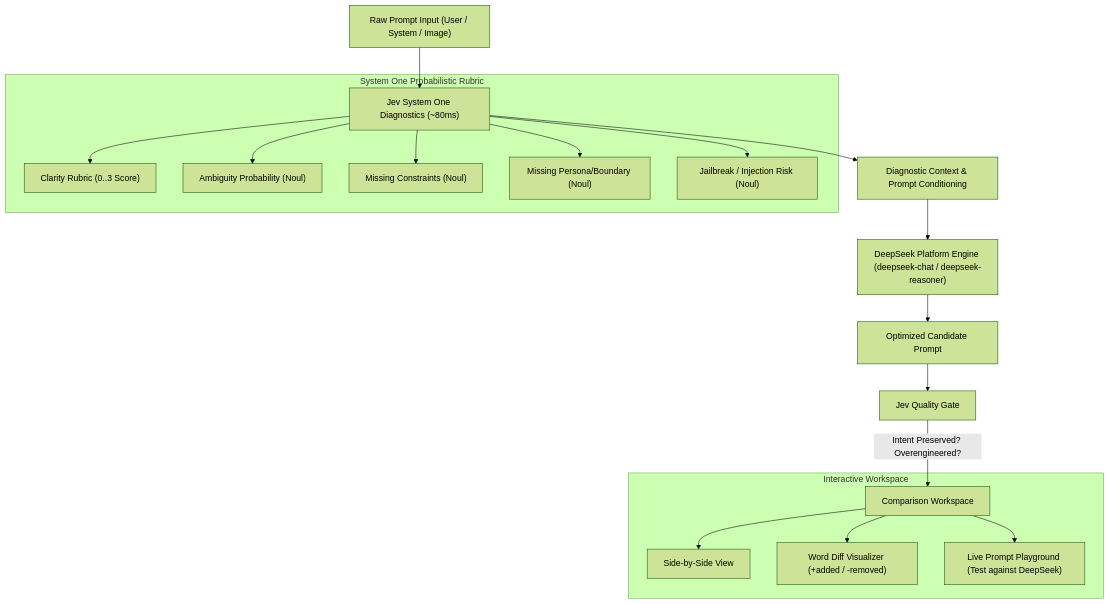
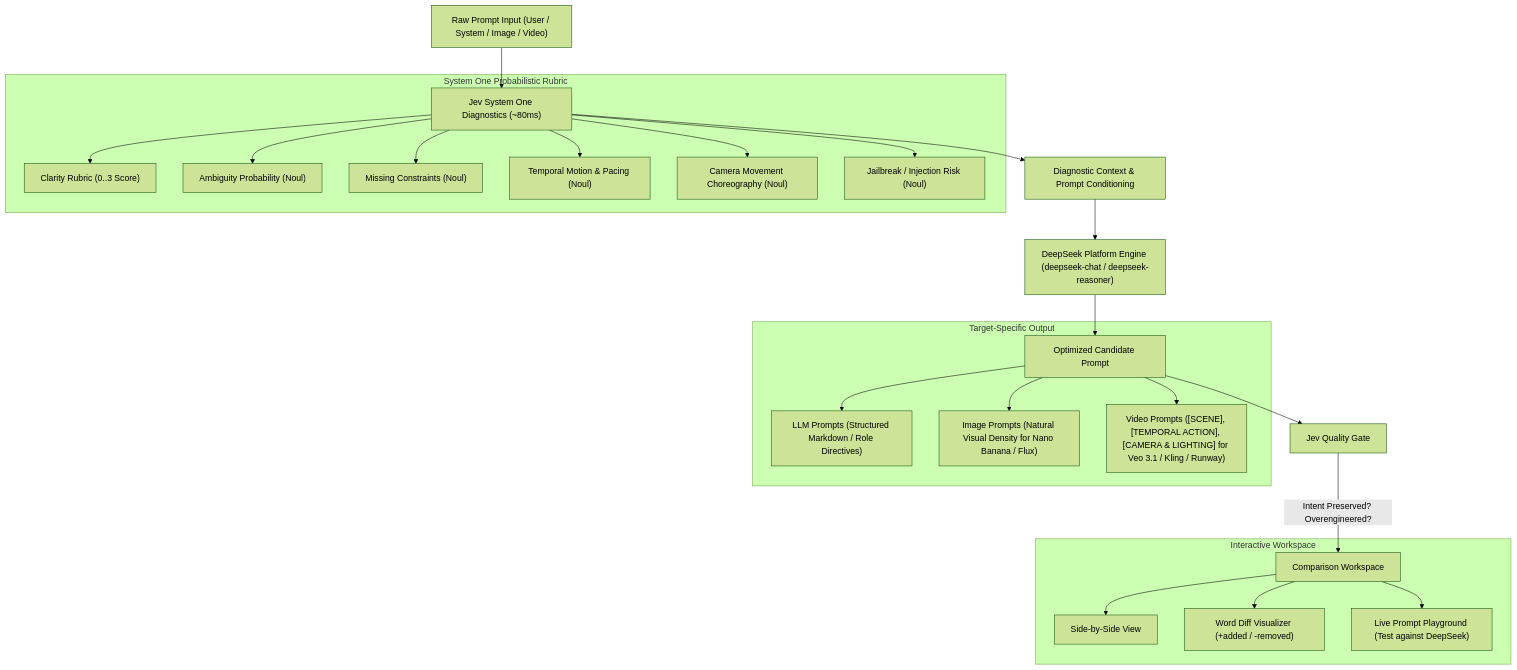
One commit to nodaysidle/nodaysidle-prompt-optimizer changed the diagram in README.md. Above: the diagram before and after it, drawn with Mermaid (forest theme). The commit also changed other lines of this file and 6 other files, not shown here.

Commit message:
feat: add video generation optimizer for Veo 3.1, Omni, Kling, and Runway with TypeSafe Jev diagnostics

````diff
--- a/README.md
+++ b/README.md
@@ -28,25 +28,32 @@
 ```mermaid
 flowchart TD
-    A["Raw Prompt Input (User / System / Image)"] --> B["Jev System One Diagnostics (~80ms)"]
+    A["Raw Prompt Input (User / System / Image / Video)"] --> B["Jev System One Diagnostics (~80ms)"]
     
     subgraph Jev_System_One ["System One Probabilistic Rubric"]
         B --> B1["Clarity Rubric (0..3 Score)"]
         B --> B2["Ambiguity Probability (Noul)"]
         B --> B3["Missing Constraints (Noul)"]
-        B --> B4["Missing Persona/Boundary (Noul)"]
-        B --> B5["Jailbreak / Injection Risk (Noul)"]
+        B --> B4["Temporal Motion & Pacing (Noul)"]
+        B --> B5["Camera Movement Choreography (Noul)"]
+        B --> B6["Jailbreak / Injection Risk (Noul)"]
     end
     
     B --> C["Diagnostic Context & Prompt Conditioning"]
     C --> D["DeepSeek Platform Engine (deepseek-chat / deepseek-reasoner)"]
     
     D --> E["Optimized Candidate Prompt"]
+    subgraph Output_Formulation ["Target-Specific Output"]
+        E --> E1["LLM Prompts (Structured Markdown / Role Directives)"]
+        E --> E2["Image Prompts (Natural Visual Density for Nano Banana / Flux)"]
+        E --> E3["Video Prompts ([SCENE], [TEMPORAL ACTION], [CAMERA & LIGHTING] for Veo 3.1 / Kling / Runway)"]
+    end
+    
     E --> F["Jev Quality Gate"]
     F -->|Intent Preserved? Overengineered?| G["Comparison Workspace"]
     
     subgraph UI_Workspace ["Interactive Workspace"]
         G --> G1["Side-by-Side View"]
         G --> G2["Word Diff Visualizer (+added / -removed)"]
         G --> G3["Live Prompt Playground (Test against DeepSeek)"]
     end
 ```
````
